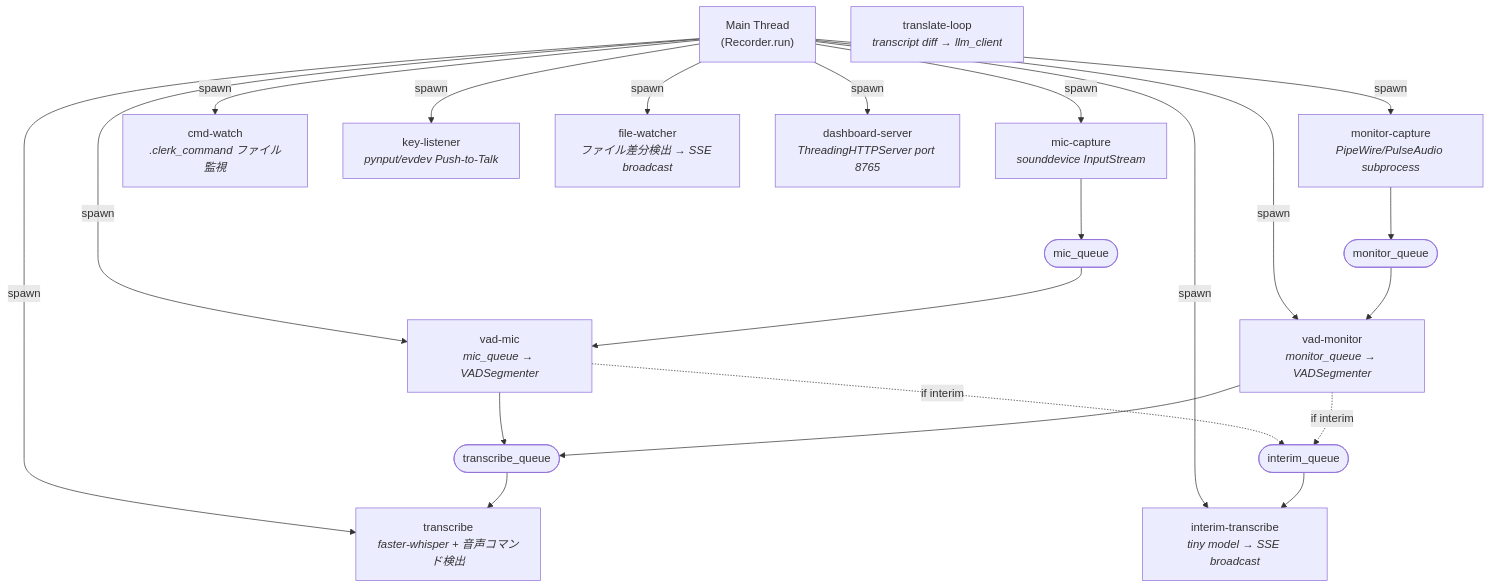
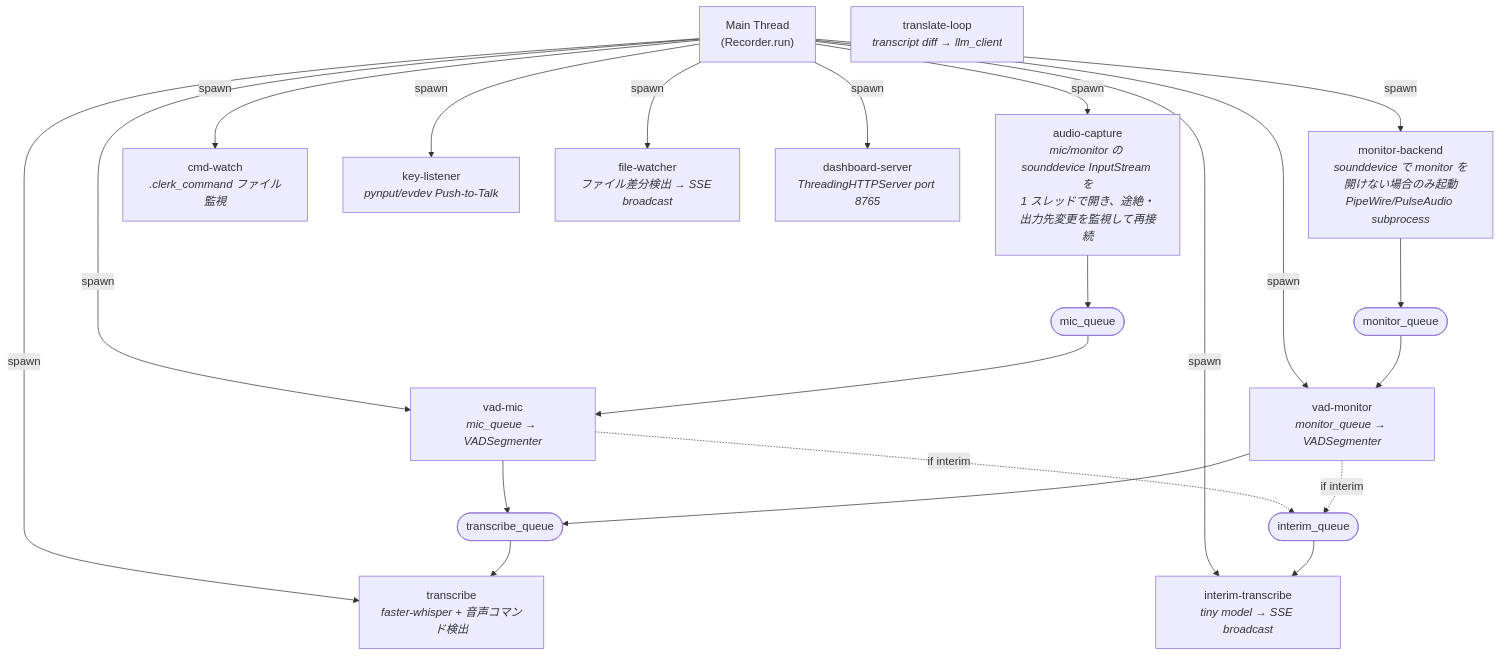
Before and after one commit to edocode/shadow-clerk: the second of 7 diagrams in SPEC.md, drawn with Mermaid. The commit also changed other lines of this file and 4 other files, not shown here.

First line of the commit message:
Fix regressions from the audio capture watchdog

````diff
--- a/SPEC.md
+++ b/SPEC.md
@@ -196,43 +196,43 @@
 ```mermaid
 graph TB
     main["Main Thread<br/>(Recorder.run)"]
 
-    mic["mic-capture<br/><i>sounddevice InputStream</i>"]
-    mon["monitor-capture<br/><i>PipeWire/PulseAudio subprocess</i>"]
+    mic["audio-capture<br/><i>mic/monitor の sounddevice InputStream を<br/>1 スレッドで開き、途絶・出力先変更を監視して再接続</i>"]
+    mon["monitor-backend<br/><i>sounddevice で monitor を開けない場合のみ起動<br/>PipeWire/PulseAudio subprocess</i>"]
     vadm["vad-mic<br/><i>mic_queue → VADSegmenter</i>"]
     vadmon["vad-monitor<br/><i>monitor_queue → VADSegmenter</i>"]
     trans["transcribe<br/><i>faster-whisper + 音声コマンド検出</i>"]
     interim["interim-transcribe<br/><i>tiny model → SSE broadcast</i>"]
     cmd["cmd-watch<br/><i>.clerk_command ファイル監視</i>"]
     key["key-listener<br/><i>pynput/evdev Push-to-Talk</i>"]
     tl["translate-loop<br/><i>transcript diff → llm_client</i>"]
     fw["file-watcher<br/><i>ファイル差分検出 → SSE broadcast</i>"]
     dash["dashboard-server<br/><i>ThreadingHTTPServer port 8765</i>"]
 
     mq([mic_queue])
     moq([monitor_queue])
     tq([transcribe_queue])
     iq([interim_queue])
 
     main -->|spawn| mic
     main -->|spawn| mon
     main -->|spawn| vadm
     main -->|spawn| vadmon
     main -->|spawn| trans
     main -->|spawn| interim
     main -->|spawn| cmd
     main -->|spawn| key
     main -->|spawn| fw
     main -->|spawn| dash
 
     mic --> mq
     mon --> moq
     mq --> vadm
     moq --> vadmon
     vadm --> tq
     vadmon --> tq
     vadm -.->|if interim| iq
     vadmon -.->|if interim| iq
     tq --> trans
     iq --> interim
 ```
````
